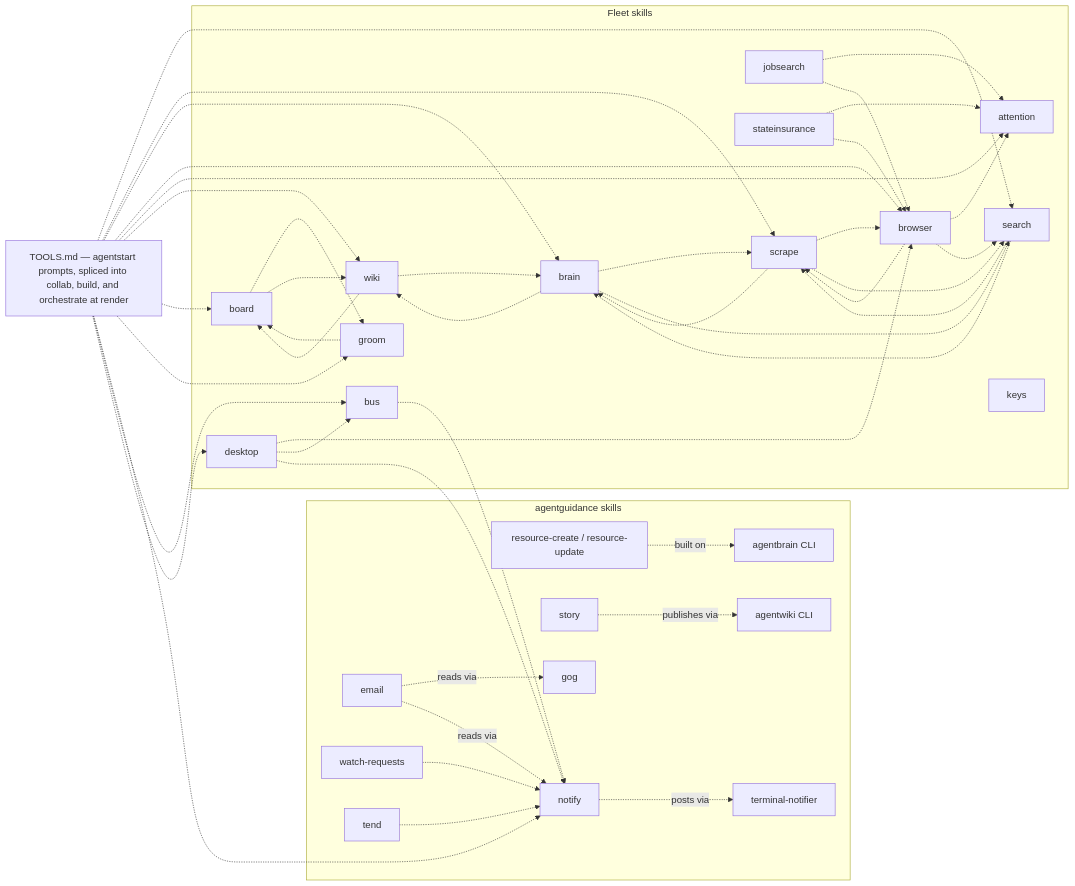
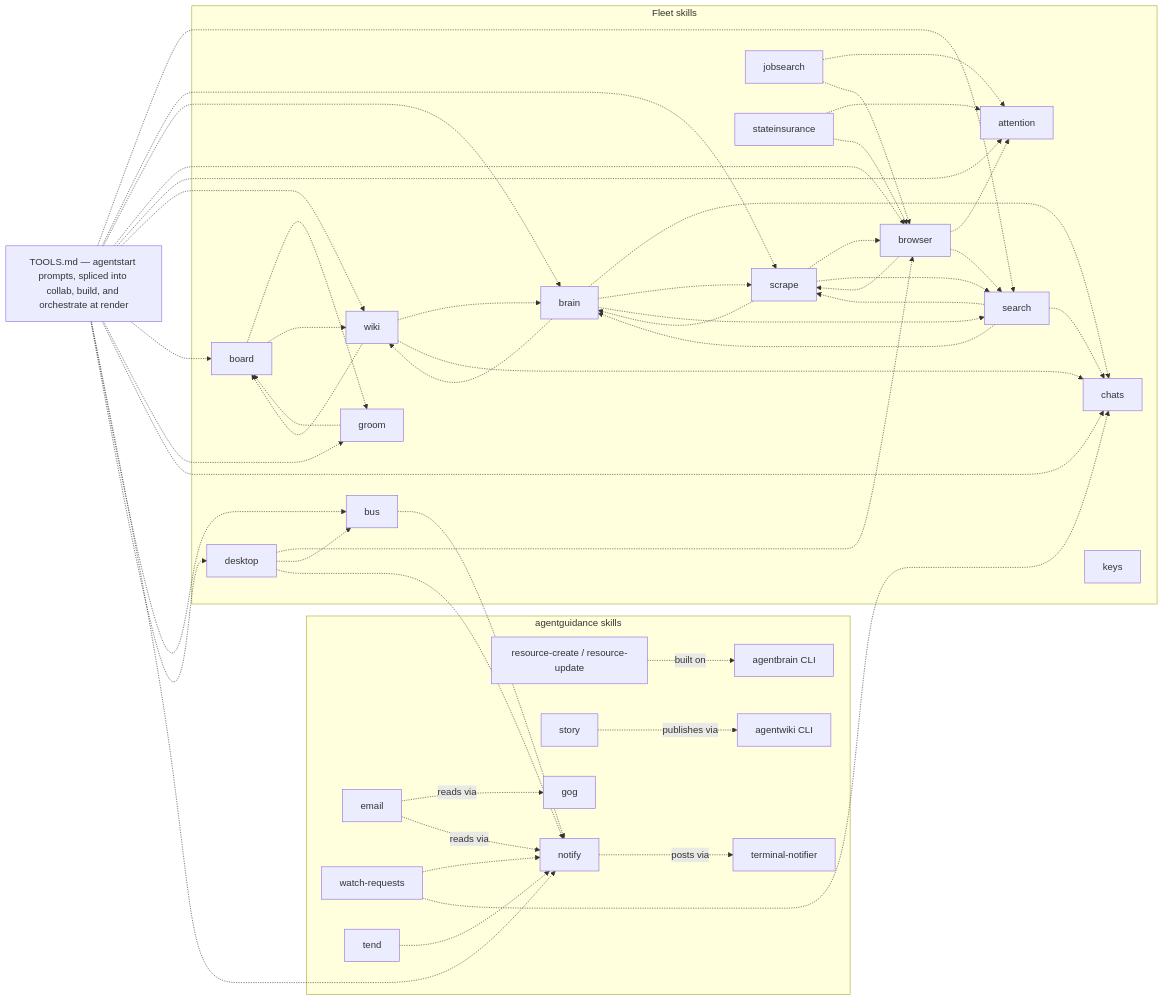
Before and after one commit to possibilities/agentstart: the third of 3 diagrams in skills/fleet/MAP.md, drawn with Mermaid. The commit also changed other lines of this file and 8 other files, not shown here.

First line of the commit message:
Restore session search over the rebuilt AgentChats

````diff
--- a/skills/fleet/MAP.md
+++ b/skills/fleet/MAP.md
@@ -110,32 +114,34 @@
 ```mermaid
 flowchart LR
     subgraph fleetSkills [Fleet skills]
         board -.-> groom & wiki
         groom -.-> board
-        brain -.-> scrape & search & wiki
+        brain -.-> chats & scrape & search & wiki
         scrape -.-> brain & browser & search
-        search -.-> brain & scrape
+        search -.-> brain & chats & scrape
         browser -.-> attention & scrape & search
         attention
         jobsearch -.-> attention & browser
         stateinsurance -.-> attention & browser
-        wiki -.-> board & brain
+        wiki -.-> board & brain & chats
         desktop -.-> browser & bus
+        chats
         keys
         bus
     end
 
     subgraph guidanceSkills [agentguidance skills]
         resource[resource-create / resource-update] -.->|built on| brainCli[agentbrain CLI]
         story -.->|publishes via| wikiCli[agentwiki CLI]
         notify -.->|posts via| notifierCli[terminal-notifier]
         email -.->|reads via| gogCli[gog] & notify
         watchRequests[watch-requests] -.-> notify
         tend[tend] -.-> notify
     end
 
+    watchRequests -.-> chats
     bus -.-> notify
     desktop -.-> notify
 
-    tools[TOOLS.md — agentstart prompts, spliced into collab, build, and orchestrate at render] -.-> search & scrape & brain & browser & attention & wiki & board & groom & notify & bus & desktop
+    tools[TOOLS.md — agentstart prompts, spliced into collab, build, and orchestrate at render] -.-> search & scrape & brain & browser & attention & wiki & board & groom & chats & notify & bus & desktop
 ```
````
